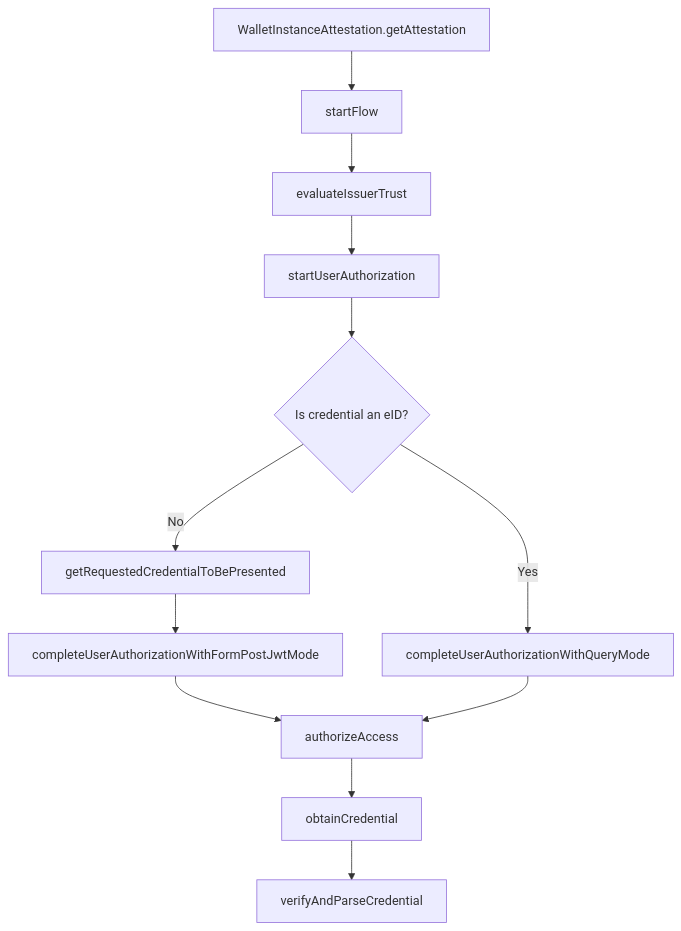
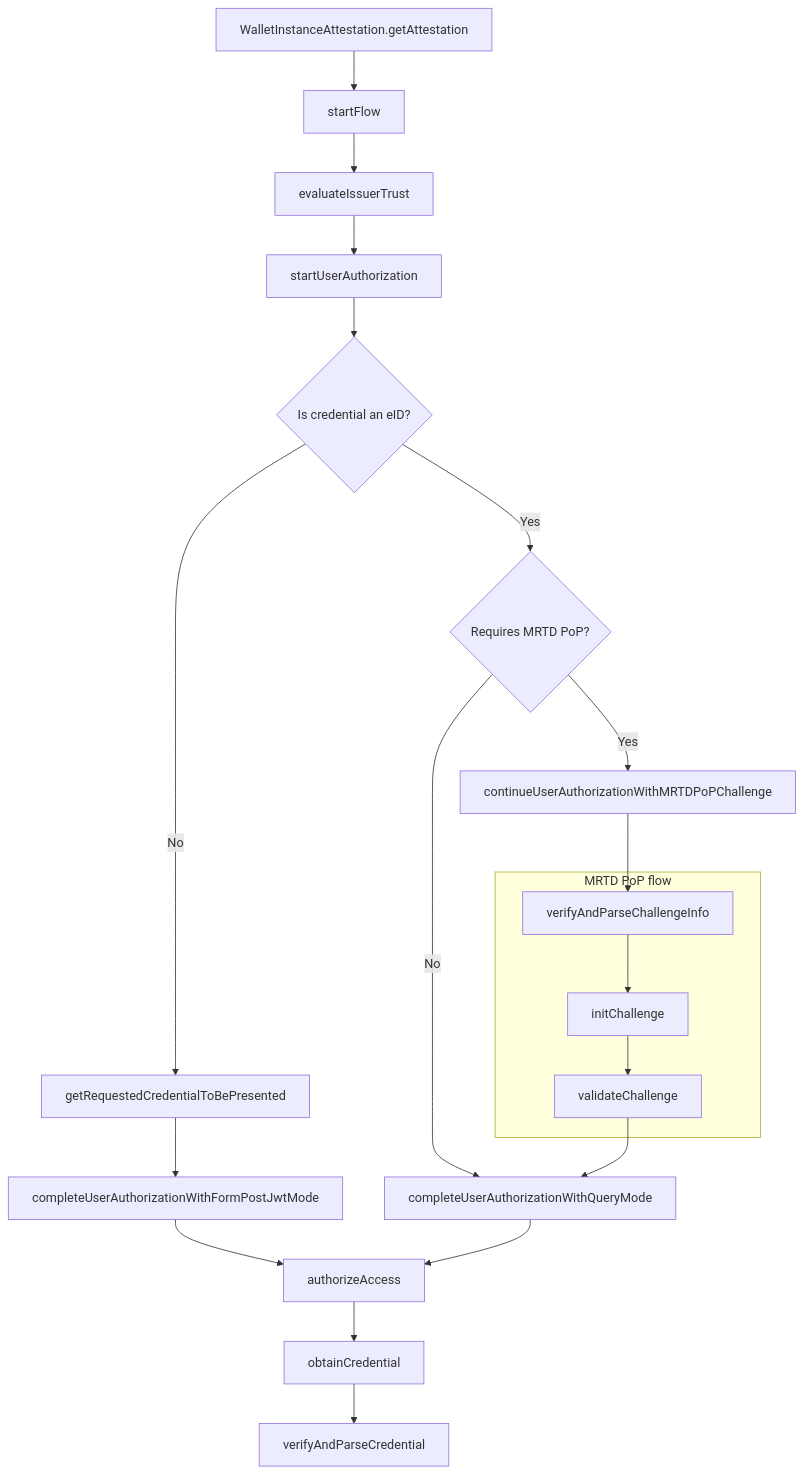
Before and after one commit to pagopa/io-react-native-wallet: the diagram in src/credential/issuance/README.md, drawn with Mermaid. The commit also changed other lines of this file and 52 other files, not shown here.

````diff
--- a/src/credential/issuance/README.md
+++ b/src/credential/issuance/README.md
@@ -13,26 +13,41 @@
 ```mermaid
 graph TD;
     0[WalletInstanceAttestation.getAttestation]
     1[startFlow]
     2[evaluateIssuerTrust]
     3[startUserAuthorization]
     C4[getRequestedCredentialToBePresented]
     C4.1[completeUserAuthorizationWithFormPostJwtMode]
     E4[completeUserAuthorizationWithQueryMode]
     5[authorizeAccess]
     6[obtainCredential]
     7[verifyAndParseCredential]
     credSel{Is credential an eID?}
+    proofSel{Requires MRTD PoP?}
+    M1[continueUserAuthorizationWithMRTDPoPChallenge]
+    subgraph MRTD PoP flow
+    M2[verifyAndParseChallengeInfo]
+    M3[initChallenge]
+    M4[validateChallenge]
+    end
 
     0 --> 1
     1 --> 2
     2 --> 3
     3 --> credSel
-    credSel -->|Yes| E4
+    credSel -->|Yes| proofSel
     credSel -->|No| C4
+    proofSel --> |Yes| M1
+    proofSel --> |No| E4
     C4 --> C4.1
     C4.1 --> 5
     E4 --> 5
     5 --> 6
     6 --> 7
+
+    M1 --> M2
+    M2 --> M3
+    M3 --> M4
+    M4 --> E4
+
 ```
````
